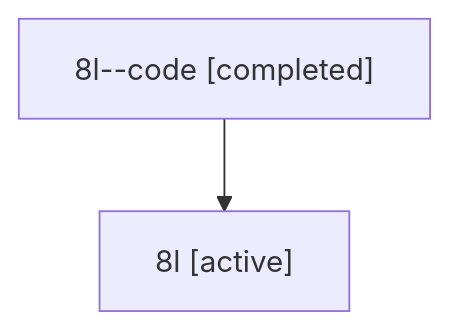
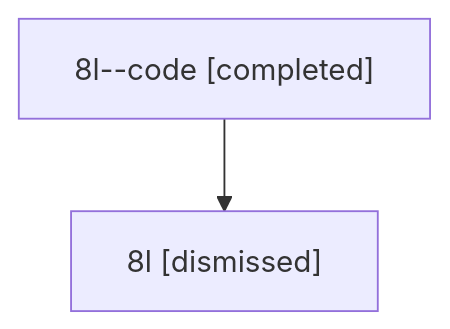
Before and after one commit to bobs-org/bob-cli--agents: the diagram in sessions/bbugyi200.athena.8l.md, drawn with Mermaid. The commit also changed other lines of this file and 27 other files, not shown here.

````diff
--- a/sessions/bbugyi200.athena.8l.md
+++ b/sessions/bbugyi200.athena.8l.md
@@ -9,6 +9,6 @@
 ```mermaid
 flowchart TD
   n0["8l--code [completed]"]
-  n1["8l [active]"]
+  n1["8l [dismissed]"]
   n0 --> n1
 ```
````
